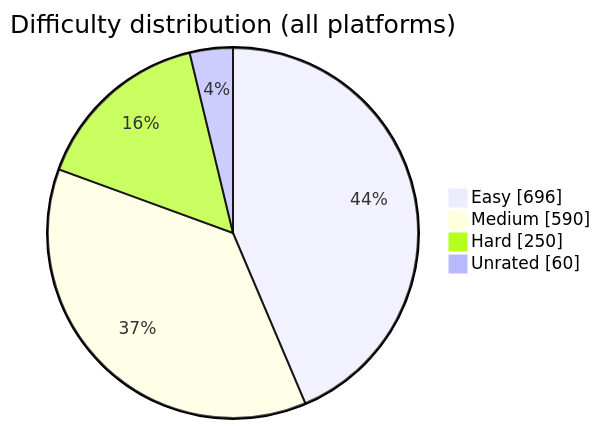
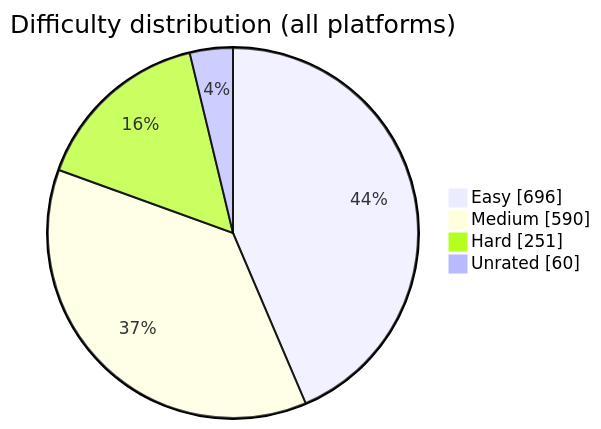
The diagram in README.md (BuildbyArindam/Daily-Coding-Log), drawn with Mermaid before and after one commit. The commit also changed other lines of this file, not shown here.

````diff
--- a/README.md
+++ b/README.md
@@ -93,7 +93,7 @@
 ```mermaid
 pie showData title Difficulty distribution (all platforms)
     "Easy" : 696
     "Medium" : 590
-    "Hard" : 250
+    "Hard" : 251
     "Unrated" : 60
 ```
````
